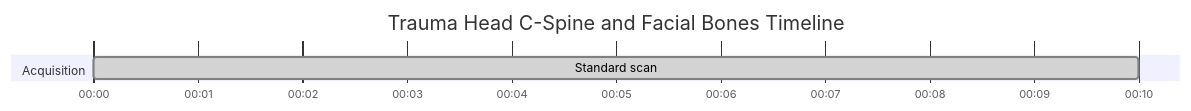
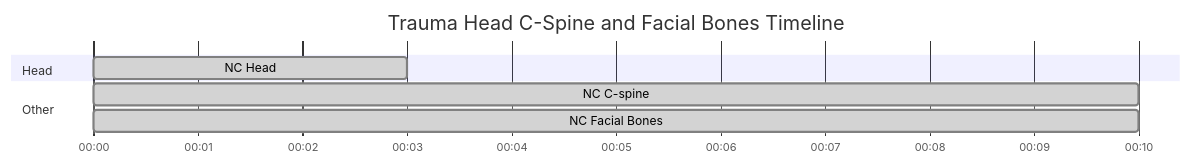
The diagram in docs/ct/trauma/trauma-head-c-spine-and-facial-bones.md (dfergs93/radiology-protocols), drawn with Mermaid before and after one commit. The commit also changed 101 other files, not shown here.

````diff
--- a/docs/ct/trauma/trauma-head-c-spine-and-facial-bones.md
+++ b/docs/ct/trauma/trauma-head-c-spine-and-facial-bones.md
@@ -71,13 +71,18 @@
   ```mermaid
   ---
+  displayMode: compact
   config:
     theme: default
+    themeCSS: " #Saline{ fill: #4ed5ff; stroke: #2094f3; } "
   ---
     gantt
       title Trauma Head C-Spine and Facial Bones Timeline
       dateFormat mm:ss
       axisFormat %M:%S 
       
-      section Acquisition
-      Standard scan    :done, scan1, 00:00, 10s
+      section Head
+      NC Head    :done, scan1, 00:00, 3s
+      section Other
+      NC C-spine    :done, scan2, 00:00, 10s
+      NC Facial Bones    :done, scan3, 00:00, 10s
   ```
````
